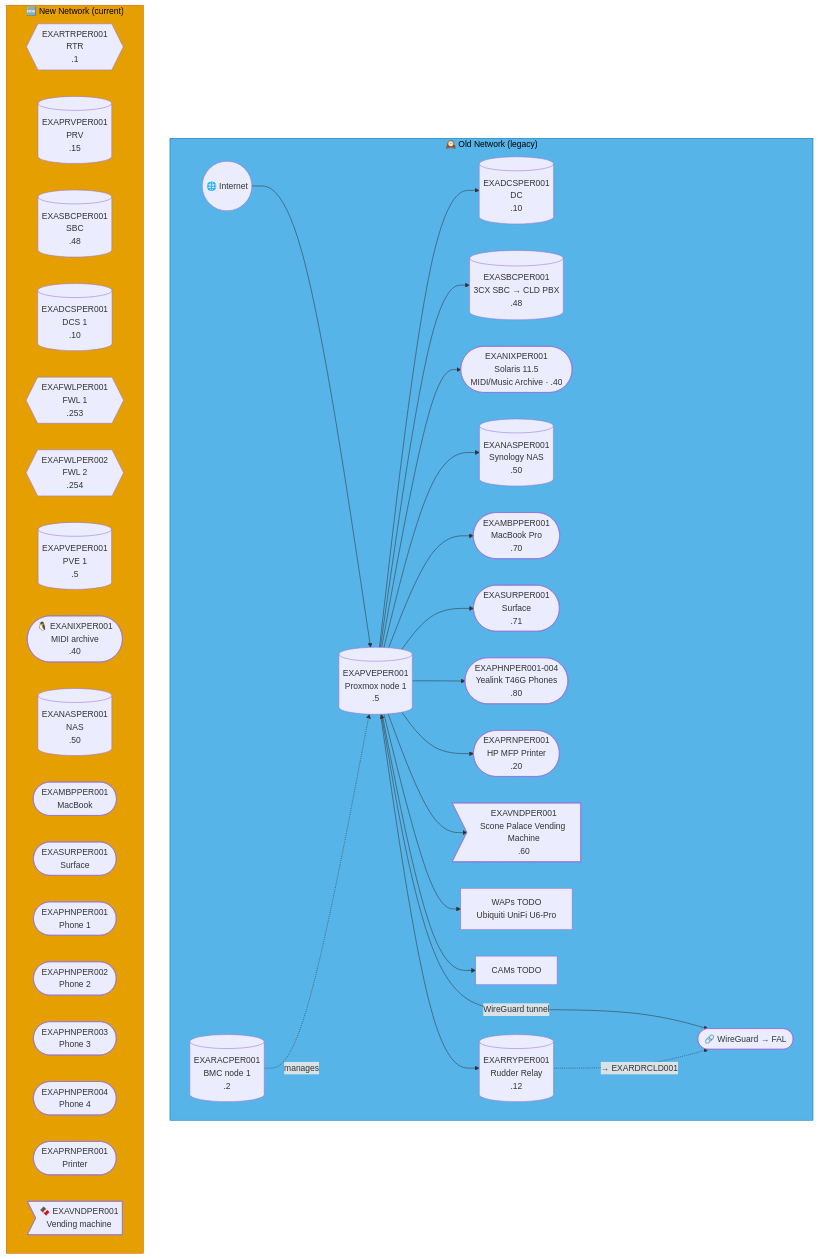
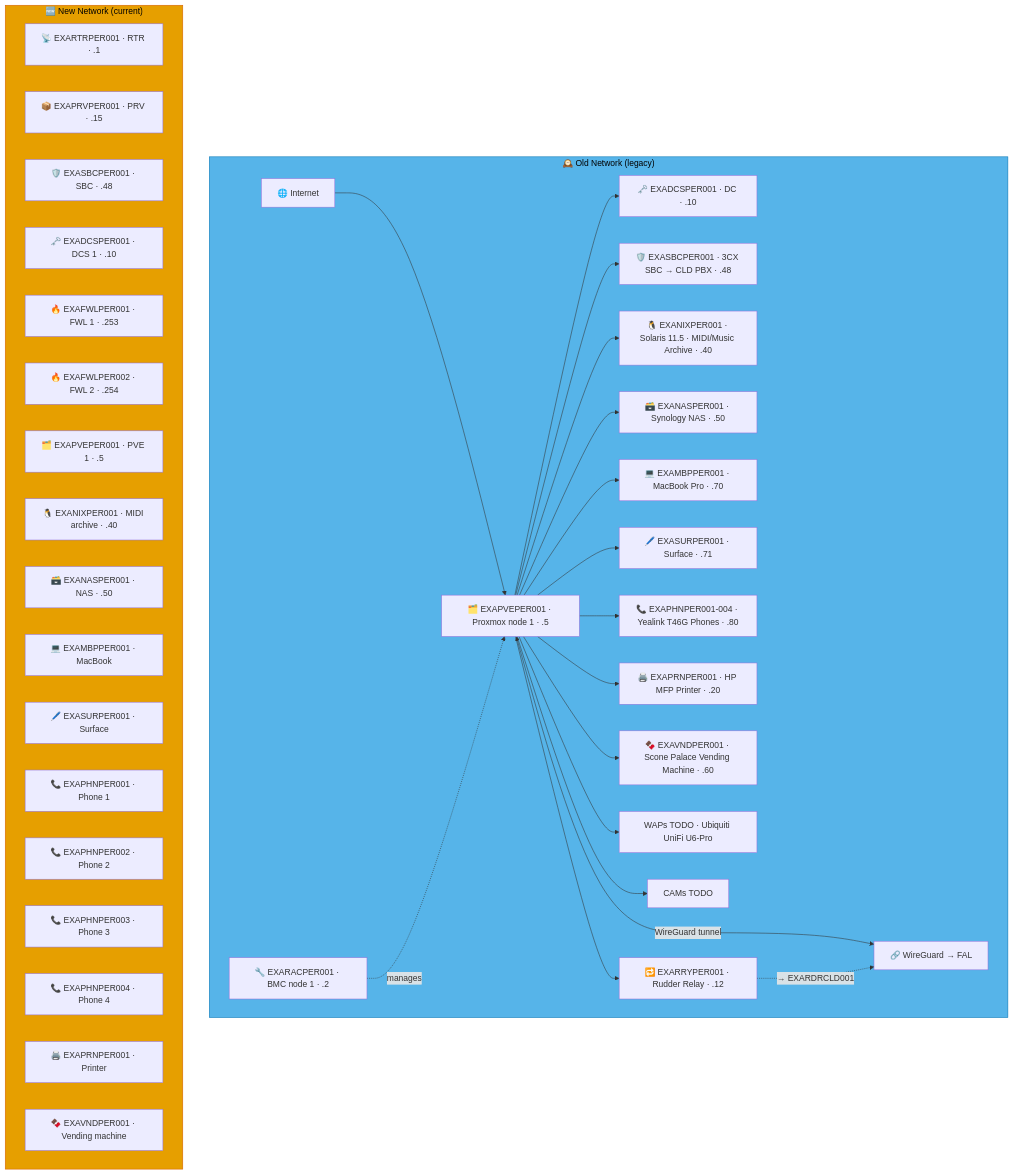
One commit to knightmare2600/example_music_infra changed the seventh of 51 diagrams in docs/network-diagram.md. Above: the diagram before and after it, drawn with Mermaid. The commit also changed other lines of this file and 5 other files, not shown here.

````diff
--- a/docs/network-diagram.md
+++ b/docs/network-diagram.md
@@ -590,53 +591,53 @@
 ```mermaid
 graph TD
     subgraph OLD_PER ["🕰️ Old Network (legacy)"]
-      INET(("🌐 Internet"))
-      RAC[("EXARACPER001<br/>BMC node 1<br/>.2")]
-      PVE[("EXAPVEPER001<br/>Proxmox node 1<br/>.5")]
-      DC[("EXADCSPER001<br/>DC<br/>.10")]
-      SBC[("EXASBCPER001<br/>3CX SBC → CLD PBX<br/>.48")]
-      RRY[("EXARRYPER001<br/>Rudder Relay<br/>.12")]
-      NIX(["EXANIXPER001<br/>Solaris 11.5<br/>MIDI/Music Archive · .40"])
-      NAS[("EXANASPER001<br/>Synology NAS<br/>.50")]
-      MBP(["EXAMBPPER001<br/>MacBook Pro<br/>.70"])
-      SUR(["EXASURPER001<br/>Surface<br/>.71"])
-      PHN(["EXAPHNPER001-004<br/>Yealink T46G Phones<br/>.80"])
-      PRN(["EXAPRNPER001<br/>HP MFP Printer<br/>.20"])
-      VND>"EXAVNDPER001<br/>Scone Palace Vending Machine<br/>.60"]
-      WAP["WAPs TODO<br/>Ubiquiti UniFi U6-Pro"]
+      INET["🌐 Internet"]
+      RAC["🔧 EXARACPER001 · BMC node 1 · .2"]
+      PVE["🗂️ EXAPVEPER001 · Proxmox node 1 · .5"]
+      DC["🗝️ EXADCSPER001 · DC · .10"]
+      SBC["🛡️ EXASBCPER001 · 3CX SBC → CLD PBX · .48"]
+      RRY["🔁 EXARRYPER001 · Rudder Relay · .12"]
+      NIX["🐧 EXANIXPER001 · Solaris 11.5 · MIDI/Music Archive · .40"]
+      NAS["🗃️ EXANASPER001 · Synology NAS · .50"]
+      MBP["💻 EXAMBPPER001 · MacBook Pro · .70"]
+      SUR["🖊️ EXASURPER001 · Surface · .71"]
+      PHN["📞 EXAPHNPER001-004 · Yealink T46G Phones · .80"]
+      PRN["🖨️ EXAPRNPER001 · HP MFP Printer · .20"]
+      VND["🍫 EXAVNDPER001 · Scone Palace Vending Machine · .60"]
+      WAP["WAPs TODO · Ubiquiti UniFi U6-Pro"]
       CAM["CAMs TODO"]
-      VPN(["🔗 WireGuard → FAL"])
+      VPN["🔗 WireGuard → FAL"]
 
       INET --> PVE
       PVE --> DC & SBC & NIX & NAS
       RAC -.->|"manages"| PVE
       PVE --> MBP & SUR & PHN & PRN & VND & WAP & CAM
       PVE <-->|"WireGuard tunnel"| VPN
 
       PVE --> RRY
       RRY -. "→ EXARDRCLD001" .-> VPN
     end
     style OLD_PER fill:#56B4E9,stroke:#0072B2,color:#000000
     %% GENERATED:NEW-NETWORK:PER:START
     subgraph NEW_PER ["🆕 New Network (current)"]
-      N_RTR{{"EXARTRPER001<br/>RTR<br/>.1"}}
-      N_PRV[("EXAPRVPER001<br/>PRV<br/>.15")]
-      N_SBC[("EXASBCPER001<br/>SBC<br/>.48")]
-      N_DCS[("EXADCSPER001<br/>DCS 1<br/>.10")]
-      N_FWL{{"EXAFWLPER001<br/>FWL 1<br/>.253"}}
-      N_FWL2{{"EXAFWLPER002<br/>FWL 2<br/>.254"}}
-      N_PVE[("EXAPVEPER001<br/>PVE 1<br/>.5")]
-      N_NIX(["🐧 EXANIXPER001<br/>MIDI archive<br/>.40"])
-      N_NAS[("EXANASPER001<br/>NAS<br/>.50")]
-      N_MBP(["EXAMBPPER001<br/>MacBook"])
-      N_SUR(["EXASURPER001<br/>Surface"])
-      N_PHN(["EXAPHNPER001<br/>Phone 1"])
-      N_PHN2(["EXAPHNPER002<br/>Phone 2"])
-      N_PHN3(["EXAPHNPER003<br/>Phone 3"])
-      N_PHN4(["EXAPHNPER004<br/>Phone 4"])
-      N_PRN(["EXAPRNPER001<br/>Printer"])
-      N_VND>"🍫 EXAVNDPER001<br/>Vending machine"]
+      N_RTR["📡 EXARTRPER001 · RTR · .1"]
+      N_PRV["📦 EXAPRVPER001 · PRV · .15"]
+      N_SBC["🛡️ EXASBCPER001 · SBC · .48"]
+      N_DCS["🗝️ EXADCSPER001 · DCS 1 · .10"]
+      N_FWL["🔥 EXAFWLPER001 · FWL 1 · .253"]
+      N_FWL2["🔥 EXAFWLPER002 · FWL 2 · .254"]
+      N_PVE["🗂️ EXAPVEPER001 · PVE 1 · .5"]
+      N_NIX["🐧 EXANIXPER001 · MIDI archive · .40"]
+      N_NAS["🗃️ EXANASPER001 · NAS · .50"]
+      N_MBP["💻 EXAMBPPER001 · MacBook"]
+      N_SUR["🖊️ EXASURPER001 · Surface"]
+      N_PHN["📞 EXAPHNPER001 · Phone 1"]
+      N_PHN2["📞 EXAPHNPER002 · Phone 2"]
+      N_PHN3["📞 EXAPHNPER003 · Phone 3"]
+      N_PHN4["📞 EXAPHNPER004 · Phone 4"]
+      N_PRN["🖨️ EXAPRNPER001 · Printer"]
+      N_VND["🍫 EXAVNDPER001 · Vending machine"]
     end
     style NEW_PER fill:#E69F00,stroke:#D55E00,color:#000000
     %% GENERATED:NEW-NETWORK:PER:END
 ```
````
